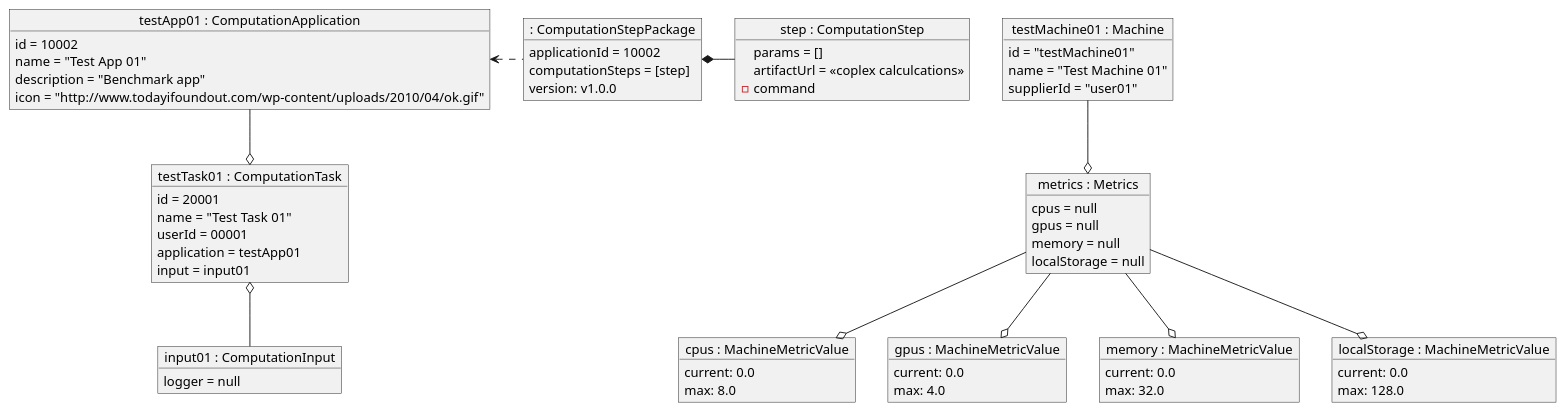
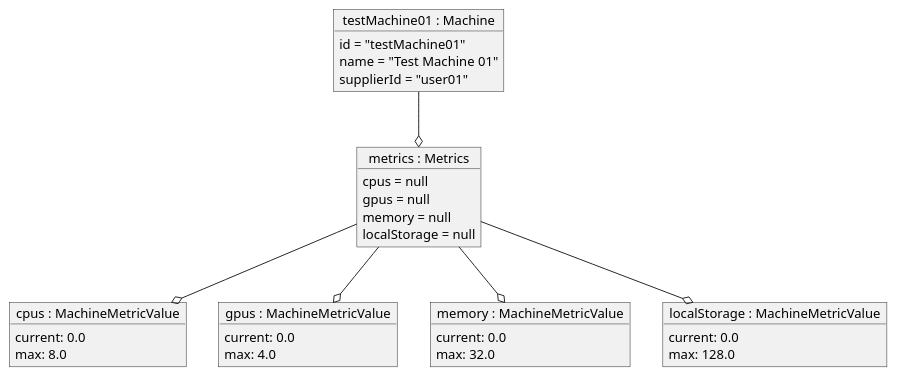
One commit to Plan-B-PO/docs changed the diagram in test_scenarios/data/UC9_in.puml. Above: the diagram before and after it, drawn with PlantUML. The commit also changed 2 other files, not shown here.

Commit message:
Add starting app via endpoint

```diff
--- a/test_scenarios/data/UC9_in.puml
+++ b/test_scenarios/data/UC9_in.puml
@@ -1,81 +1,43 @@
 @startuml
 
 object "testMachine01 : Machine" as testMachine01 {
     id = "testMachine01"
     name = "Test Machine 01"
     supplierId = "user01"
 }
 
 object "metrics : Metrics" as metrics {
     cpus = null
     gpus = null
     memory = null
     localStorage = null
 }
 
 testMachine01 --o metrics
 
 object "cpus : MachineMetricValue" as cpus {
     current: 0.0
     max: 8.0
 }
 object "gpus : MachineMetricValue" as gpus {
     current: 0.0
     max: 4.0
 }
 
 object "memory : MachineMetricValue" as memory {
     current: 0.0
     max: 32.0
 }
 
 object "localStorage : MachineMetricValue" as localStorage {
     current: 0.0
     max: 128.0
 }
 
 
 metrics --o cpus
 metrics --o gpus
 metrics --o memory
 metrics --o localStorage
 
-object "testApp01 : ComputationApplication" as testApp01 {
-    id = 10002
-    name = "Test App 01"
-    description = "Benchmark app"
-    icon = "http://www.todayifoundout.com/wp-content/uploads/2010/04/ok.gif"
-}
-
-object ": ComputationStepPackage" as pack {
-    applicationId = 10002
-    computationSteps = [step]
-    version: v1.0.0
-}
-
-testApp01 <. pack
-
-object "step : ComputationStep" as step {
-    params = []
-    artifactUrl = <<coplex calculcations>>
-    - command
-}
-
-pack *- step
-
-object "testTask01 : ComputationTask" as testTask01 {
-    id = 20001
-    name = "Test Task 01"
-    userId = 00001
-    application = testApp01
-    input = input01
-}
-
-object "input01 : ComputationInput" as input01 {
-    logger = null
-}
-
-testApp01 --o testTask01
-testTask01 o-- input01
-
 @enduml
```
